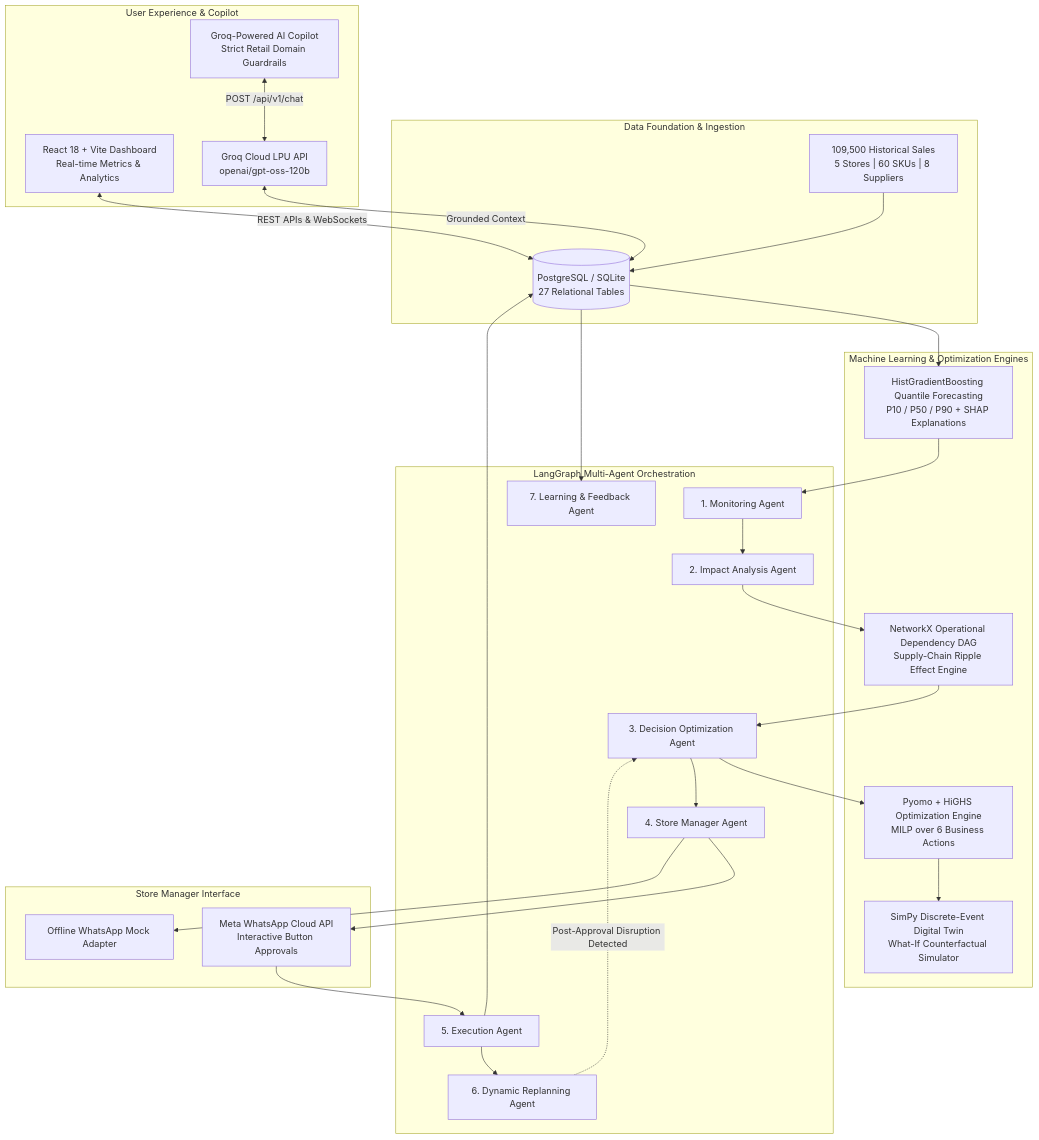
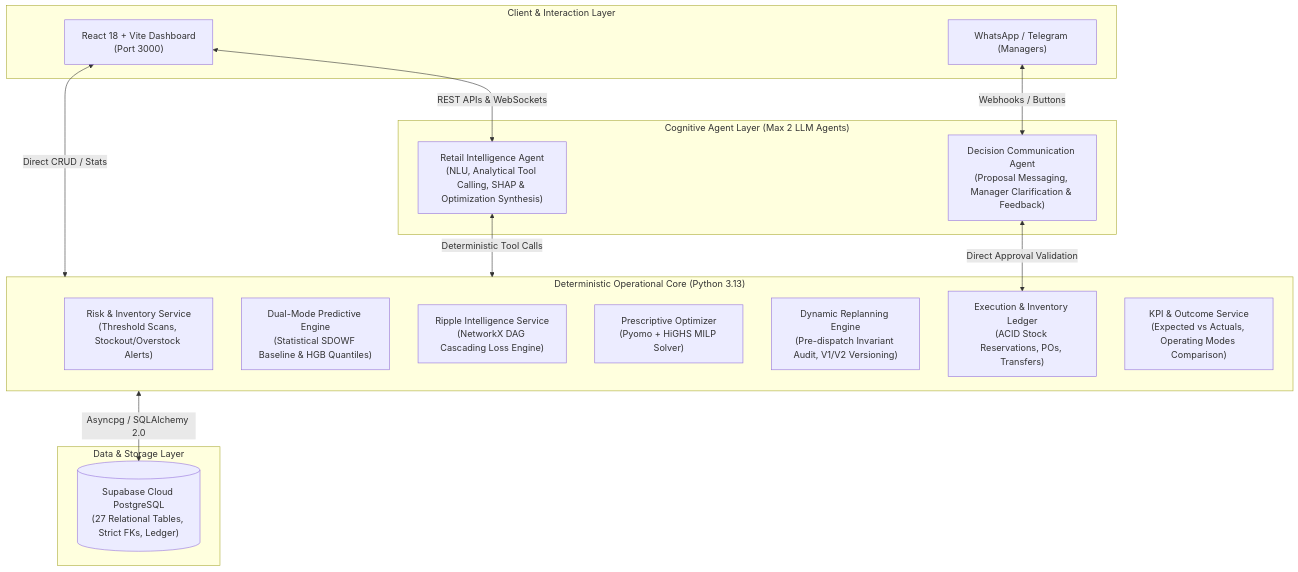
Before and after one commit to boomiikas/RetailMindAI: the diagram in README.md, drawn with Mermaid. The commit also changed other lines of this file and 112 other files, not shown here.

````diff
--- a/README.md
+++ b/README.md
@@ -11,56 +17,33 @@
 ```mermaid
 flowchart TD
-    subgraph DataFoundation ["Data Foundation & Ingestion"]
-        DB[("PostgreSQL / SQLite\n27 Relational Tables")]
-        HIST["109,500 Historical Sales\n5 Stores | 60 SKUs | 8 Suppliers"]
-        HIST --> DB
+    subgraph ClientLayer ["Client & Interaction Layer"]
+        UI["React 18 + Vite Dashboard\n(Port 3000)"]
+        WA["WhatsApp / Telegram (Managers)"]
     end
 
-    subgraph IntelligenceLayer ["Machine Learning & Optimization Engines"]
-        QML["HistGradientBoosting Quantile Forecasting\nP10 / P50 / P90 + SHAP Explanations"]
-        DAG["NetworkX Operational Dependency DAG\nSupply-Chain Ripple Effect Engine"]
-        OPT["Pyomo + HiGHS Optimization Engine\nMILP over 6 Business Actions"]
-        TWIN["SimPy Discrete-Event Digital Twin\nWhat-If Counterfactual Simulator"]
+    subgraph AgentLayer ["Cognitive Agent Layer (Max 2 LLM Agents)"]
+        RIA["Retail Intelligence Agent\n(NLU, Analytical Tool Calling, SHAP & Optimization Synthesis)"]
+        DCA["Decision Communication Agent\n(Proposal Messaging, Manager Clarification & Feedback)"]
     end
 
-    subgraph MultiAgentCore ["LangGraph Multi-Agent Orchestration"]
-        AG1["1. Monitoring Agent"]
-        AG2["2. Impact Analysis Agent"]
-        AG3["3. Decision Optimization Agent"]
-        AG4["4. Store Manager Agent"]
-        AG5["5. Execution Agent"]
-        AG6["6. Dynamic Replanning Agent"]
-        AG7["7. Learning & Feedback Agent"]
+    subgraph ServiceLayer ["Deterministic Operational Core (Python 3.13)"]
+        MON["Risk & Inventory Service\n(Threshold Scans, Stockout/Overstock Alerts)"]
+        PRED["Dual-Mode Predictive Engine\n(Statistical SDOWF Baseline & HGB Quantiles)"]
+        RIP["Ripple Intelligence Service\n(NetworkX DAG Cascading Loss Engine)"]
+        OPT["Prescriptive Optimizer\n(Pyomo + HiGHS MILP Solver)"]
+        REP["Dynamic Replanning Engine\n(Pre-dispatch Invariant Audit, V1/V2 Versioning)"]
+        EXEC["Execution & Inventory Ledger\n(ACID Stock Reservations, POs, Transfers)"]
+        PERF["KPI & Outcome Service\n(Expected vs Actuals, Operating Modes Comparison)"]
     end
 
-    subgraph HumanInTheLoop ["Store Manager Interface"]
-        WA["Meta WhatsApp Cloud API\nInteractive Button Approvals"]
-        MOCK_WA["Offline WhatsApp Mock Adapter"]
+    subgraph DataLayer ["Data & Storage Layer"]
+        DB[("Supabase Cloud PostgreSQL\n(27 Relational Tables, Strict FKs, Ledger)")]
     end
 
-    subgraph FrontendCopilot ["User Experience & Copilot"]
-        VITE["React 18 + Vite Dashboard\nReal-time Metrics & Analytics"]
-        CHAT["Groq-Powered AI Copilot\nStrict Retail Domain Guardrails"]
-        GROQ["Groq Cloud LPU API\nopenai/gpt-oss-120b"]
-    end
-
-    DB --> QML
-    QML --> AG1
-    AG1 --> AG2
-    AG2 --> DAG
-    DAG --> AG3
-    AG3 --> OPT
-    OPT --> TWIN
-    AG3 --> AG4
-    AG4 --> WA
-    AG4 --> MOCK_WA
-    WA --> AG5
-    AG5 --> DB
-    AG5 --> AG6
-    AG6 -.->|"Post-Approval Disruption Detected"| AG3
-    DB --> AG7
-
-    VITE <-->|"REST APIs & WebSockets"| DB
-    CHAT <-->|"POST /api/v1/chat"| GROQ
-    GROQ <-->|"Grounded Context"| DB
+    UI <-->|REST APIs & WebSockets| RIA
+    UI <-->|Direct CRUD / Stats| ServiceLayer
+    WA <-->|Webhooks / Buttons| DCA
+    DCA <-->|Direct Approval Validation| EXEC
+    RIA <-->|Deterministic Tool Calls| ServiceLayer
+    ServiceLayer <-->|Asyncpg / SQLAlchemy 2.0| DB
 ```
````
